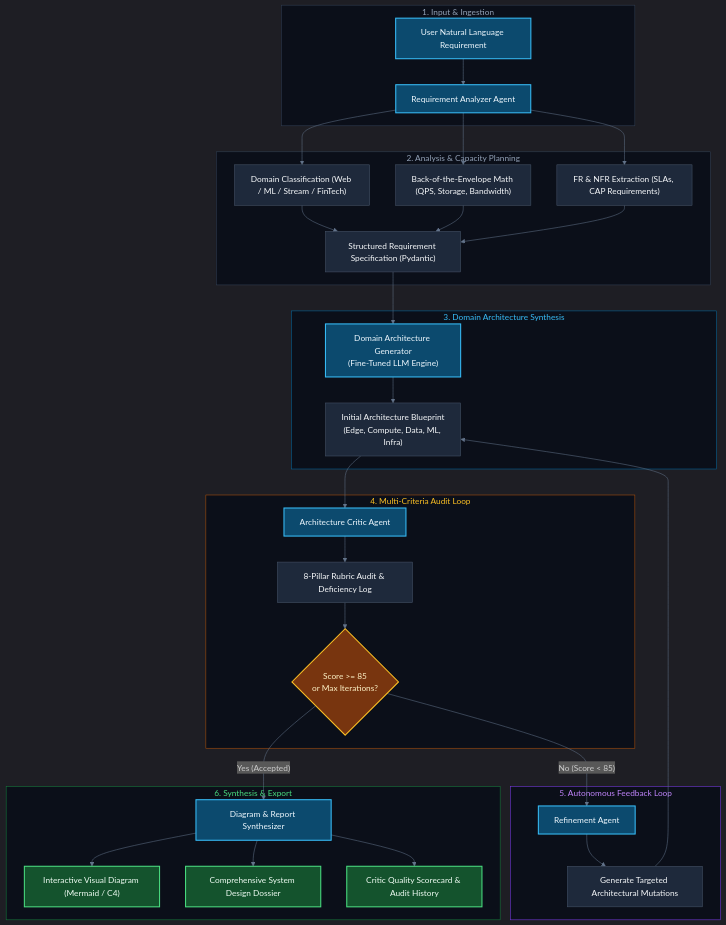
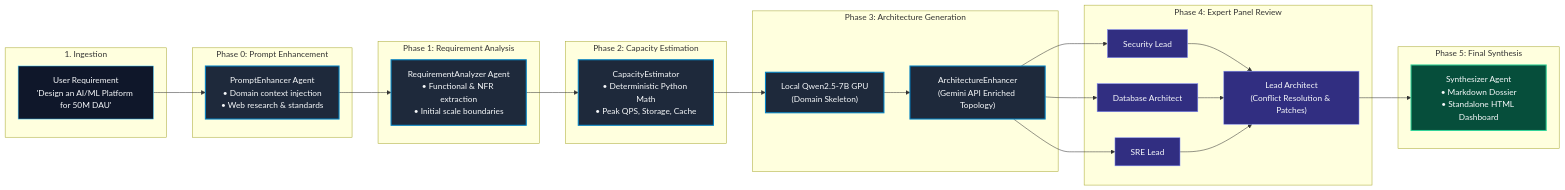
Before and after one commit to SyncWithRaj/PDS: the first of 2 diagrams in README.md, drawn with Mermaid. The commit also changed other lines of this file and 7 other files, not shown here.

Commit message:
docs: update README, todo roadmap, packaging and add setup scripts

````diff
--- a/README.md
+++ b/README.md
@@ -41,54 +42,46 @@
 ```mermaid
-%%{init: {'theme': 'dark', 'themeVariables': { 'darkMode': true, 'background': '#0b0f19', 'mainBkg': '#111827', 'lineColor': '#64748b' }}}%%
-flowchart TD
-    subgraph Input_Stage ["1. Input & Ingestion"]
-        A["User Natural Language Requirement"] --> B["Requirement Analyzer Agent"]
+flowchart LR
+    subgraph INPUT["1. Ingestion"]
+        USER["User Requirement<br/>'Design an AI/ML Platform for 50M DAU'"]
     end
 
-    subgraph Analysis_Stage ["2. Analysis & Capacity Planning"]
-        B --> C["Domain Classification (Web / ML / Stream / FinTech)"]
-        B --> D["Back-of-the-Envelope Math (QPS, Storage, Bandwidth)"]
-        B --> E["FR & NFR Extraction (SLAs, CAP Requirements)"]
-        C & D & E --> F["Structured Requirement Specification (Pydantic)"]
+    subgraph PHASE0["Phase 0: Prompt Enhancement"]
+        PE["PromptEnhancer Agent<br/>• Domain context injection<br/>• Web research & standards"]
     end
 
-    subgraph Generation_Stage ["3. Domain Architecture Synthesis"]
-        F --> G["Domain Architecture Generator<br/>(Fine-Tuned LLM Engine)"]
-        G --> H["Initial Architecture Blueprint<br/>(Edge, Compute, Data, ML, Infra)"]
+    subgraph PHASE1["Phase 1: Requirement Analysis"]
+        RA["RequirementAnalyzer Agent<br/>• Functional & NFR extraction<br/>• Initial scale boundaries"]
     end
 
-    subgraph Evaluation_Stage ["4. Multi-Criteria Audit Loop"]
-        H --> I["Architecture Critic Agent"]
-        I --> J["8-Pillar Rubric Audit & Deficiency Log"]
-        J --> K{"Score >= 85<br/>or Max Iterations?"}
+    subgraph PHASE2["Phase 2: Capacity Estimation"]
+        CE["CapacityEstimator<br/>• Deterministic Python Math<br/>• Peak QPS, Storage, Cache"]
     end
 
-    subgraph Refinement_Loop ["5. Autonomous Feedback Loop"]
-        K -- "No (Score < 85)" --> L["Refinement Agent"]
-        L --> M["Generate Targeted Architectural Mutations"]
-        M --> H
+    subgraph PHASE3["Phase 3: Architecture Generation"]
+        LM["Local Qwen2.5-7B GPU<br/>(Domain Skeleton)"]
+        AE["ArchitectureEnhancer<br/>(Gemini API Enriched Topology)"]
     end
 
-    subgraph Output_Stage ["6. Synthesis & Export"]
-        K -- "Yes (Accepted)" --> N["Diagram & Report Synthesizer"]
-        N --> O["Interactive Visual Diagram (Mermaid / C4)"]
-        N --> P["Comprehensive System Design Dossier"]
-        N --> Q["Critic Quality Scorecard & Audit History"]
+    subgraph PHASE4["Phase 4: Expert Panel Review"]
+        SEC["Security Lead"]
+        DB["Database Architect"]
+        SRE["SRE Lead"]
+        LA["Lead Architect<br/>(Conflict Resolution & Patches)"]
     end
 
-    classDef default fill:#1e293b,stroke:#475569,color:#f8fafc;
-    classDef highlight fill:#0c4a6e,stroke:#38bdf8,color:#f0f9ff,stroke-width:2px;
-    classDef decision fill:#78350f,stroke:#fbbf24,color:#fef3c7,stroke-width:2px;
-    classDef accept fill:#14532d,stroke:#4ade80,color:#f0fdf4,stroke-width:2px;
+    subgraph PHASE5["Phase 5: Final Synthesis"]
+        SYN["Synthesizer Agent<br/>• Markdown Dossier<br/>• Standalone HTML Dashboard"]
+    end
 
-    class A,B,G,I,L,N highlight;
-    class K decision;
-    class O,P,Q accept;
+    USER --> PE --> RA --> CE --> LM --> AE --> SEC & DB & SRE --> LA --> SYN
 
-    style Input_Stage fill:#0b0f19,stroke:#334155,stroke-width:1px,color:#94a3b8;
-    style Analysis_Stage fill:#0b0f19,stroke:#334155,stroke-width:1px,color:#94a3b8;
-    style Generation_Stage fill:#0b0f19,stroke:#0369a1,stroke-width:1px,color:#38bdf8;
-    style Evaluation_Stage fill:#0b0f19,stroke:#b45309,stroke-width:1px,color:#fbbf24;
-    style Refinement_Loop fill:#0b0f19,stroke:#7c3aed,stroke-width:1px,color:#c084fc;
-    style Output_Stage fill:#0b0f19,stroke:#15803d,stroke-width:1px,color:#4ade80;
+    classDef core fill:#0f172a,stroke:#38bdf8,color:#f8fafc,stroke-width:1px;
+    classDef highlight fill:#1e293b,stroke:#0284c7,color:#f8fafc,stroke-width:2px;
+    classDef expert fill:#312e81,stroke:#818cf8,color:#f8fafc,stroke-width:1px;
+    classDef output fill:#064e3b,stroke:#34d399,color:#f8fafc,stroke-width:2px;
+
+    class USER core;
+    class PE,RA,CE,LM,AE highlight;
+    class SEC,DB,SRE,LA expert;
+    class SYN output;
 ```
````
